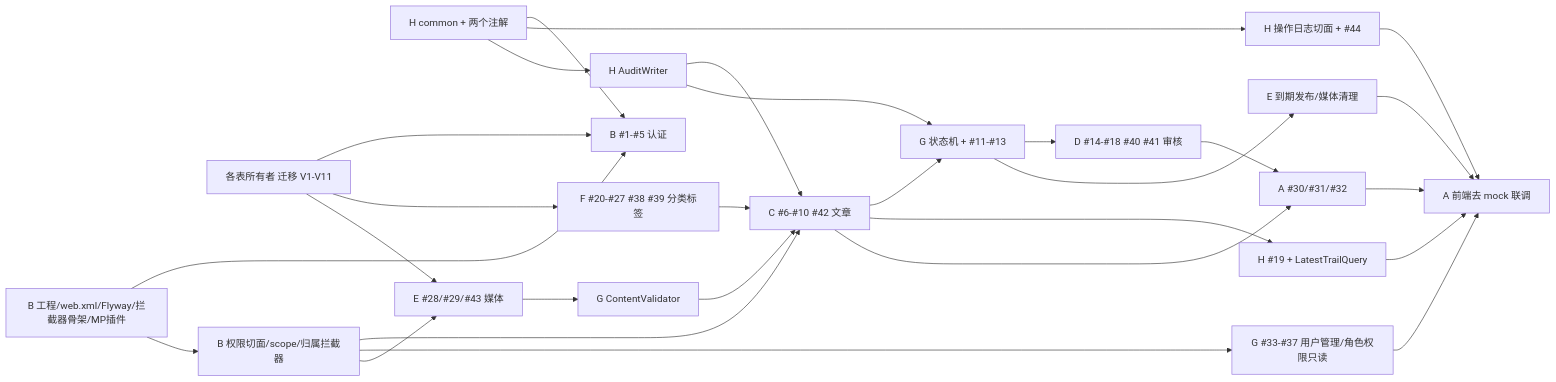
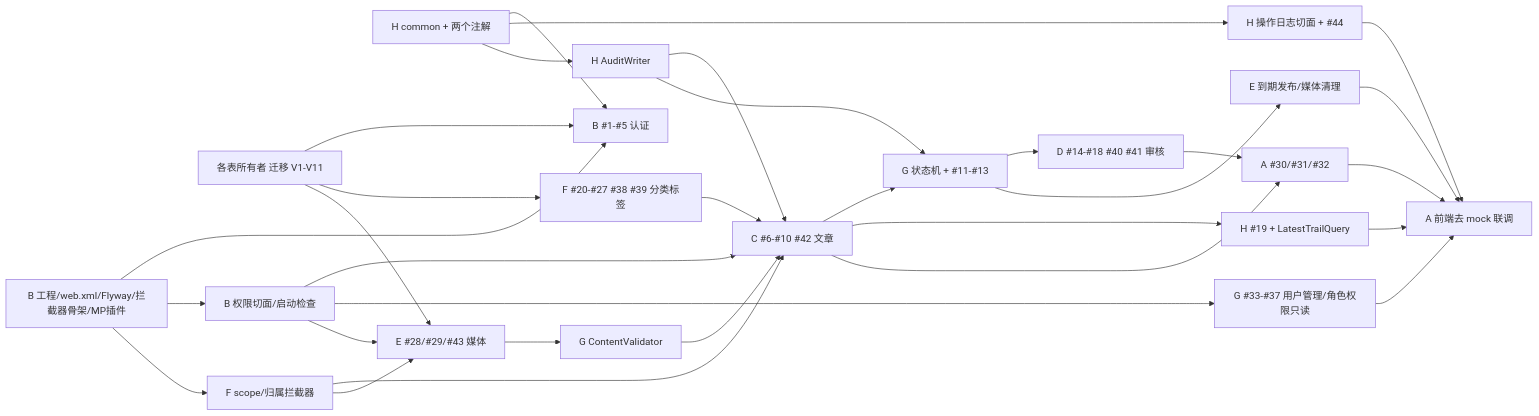
Before and after one commit to LIangZH-RT/CMS-TeamWork: the diagram in doc/context/team-division.md, drawn with Mermaid. The commit also changed other lines of this file and 2 other files, not shown here.

First line of the commit message:
docs(team): 将归属 scope 与拦截器移交 F

````diff
--- a/doc/context/team-division.md
+++ b/doc/context/team-division.md
@@ -406,30 +410,33 @@
 ```mermaid
 graph LR
   M0B[B 工程/web.xml/Flyway/拦截器骨架/MP插件] --> M1Auth[B #1-#5 认证]
   M0H[H common + 两个注解] --> M1Auth
   M0Def[各表所有者 迁移 V1-V11] --> M1Auth
-  M0B --> Gate[B 权限切面/scope/归属拦截器]
+  M0B --> Gate[B 权限切面/启动检查]
+  M0B --> Scope[F scope/归属拦截器]
+  Scope --> Art
+  Scope --> Media
   M0H --> Oplog[H 操作日志切面 + #44]
   M0Def --> Tax[F #20-#27 #38 #39 分类标签]
   M0H --> AW[H AuditWriter]
   Gate --> Art[C #6-#10 #42 文章]
   Tax --> Art
   AW --> Art
   Gate --> User[G #33-#37 用户管理/角色权限只读]
   M0Def --> Media[E #28/#29/#43 媒体]
   Gate --> Media
   Media --> CV[G ContentValidator]
   CV --> Art
   Art --> SM[G 状态机 + #11-#13]
   AW --> SM
   SM --> Rev[D #14-#18 #40 #41 审核]
   SM --> Job[E 到期发布/媒体清理]
   Art --> Trail[H #19 + LatestTrailQuery]
   Art --> Pub[A #30/#31/#32]
   Rev --> Pub
   Pub --> FE[A 前端去 mock 联调]
   Trail --> FE
   Job --> FE
   User --> FE
   Oplog --> FE
 ```
````
